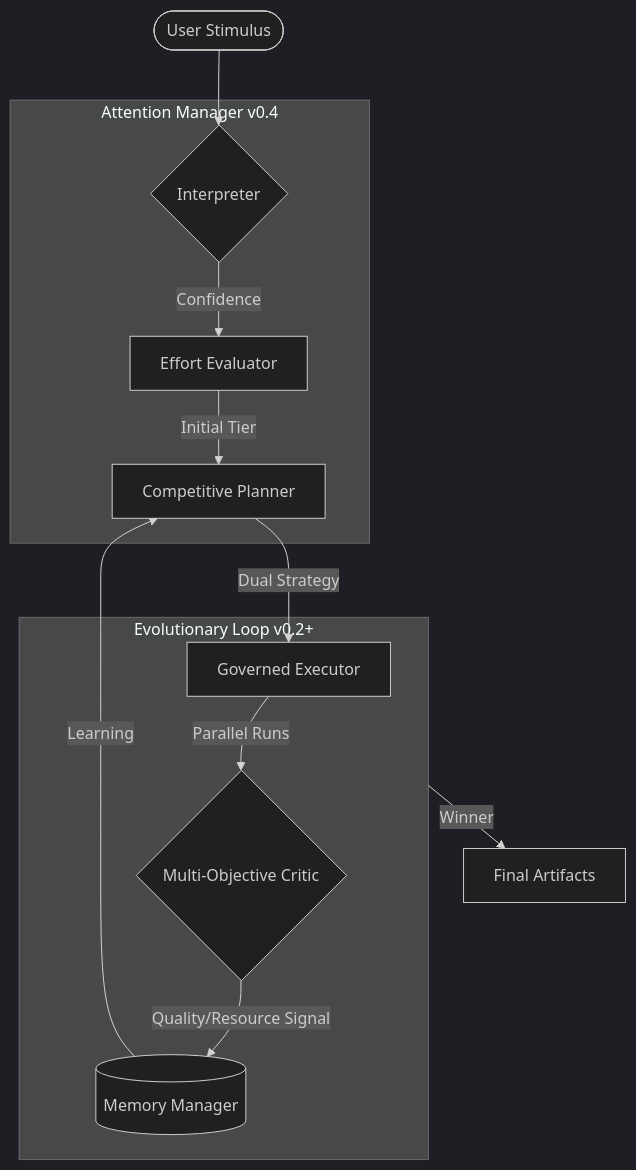
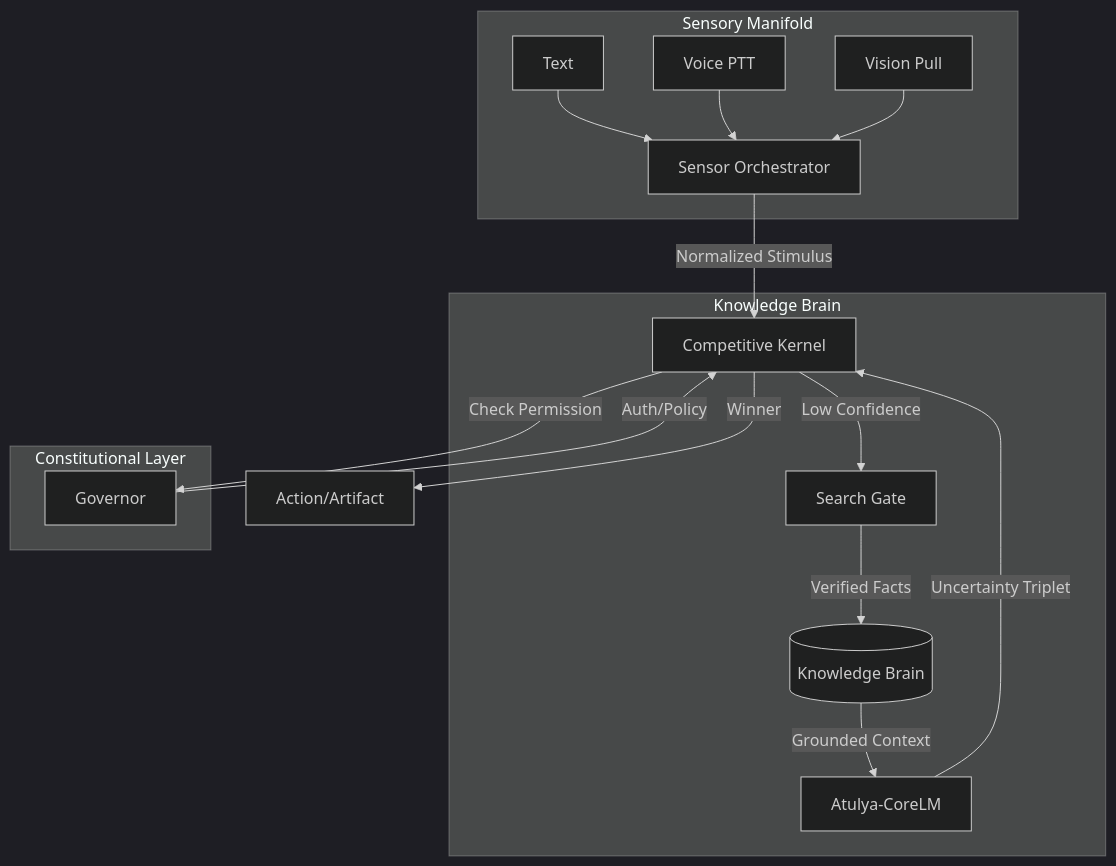
One commit to atulyaai/Atulya-Tantra changed the diagram in README.md. Above: the diagram before and after it, drawn with Mermaid (dark theme). The commit also changed other lines of this file and 28 other files, not shown here.

````diff
--- a/README.md
+++ b/README.md
@@ -28,17 +29,24 @@
 ```mermaid
 graph TD
-    User([User Stimulus]) --> Interpreter
-    subgraph Engine [Attention Manager v0.4]
-        Interpreter{Interpreter} -- Confidence --> Evaluator[Effort Evaluator]
-        Evaluator -- Initial Tier --> Planner[Competitive Planner]
+    subgraph Embodiment [Sensory Manifold]
+        S1[Text] --> ORCH[Sensor Orchestrator]
+        S2[Voice PTT] --> ORCH
+        S3[Vision Pull] --> ORCH
     end
     
-    subgraph Kernel [Evolutionary Loop v0.2+]
-        Planner -- Dual Strategy --> Executor[Governed Executor]
-        Executor -- Parallel Runs --> Critic{Multi-Objective Critic}
-        Critic -- Quality/Resource Signal --> Memory[(Memory Manager)]
-        Memory -- Learning --> Planner
+    ORCH -- Normalized Stimulus --> Engine[Competitive Kernel]
+    
+    subgraph Intelligence [Knowledge Brain]
+        Engine -- Low Confidence --> SG[Search Gate]
+        SG -- Verified Facts --> KB[(Knowledge Brain)]
+        KB -- Grounded Context --> CLM[Atulya-CoreLM]
+        CLM -- Uncertainty Triplet --> Engine
     end
     
-    Kernel -- Winner --> Artifacts[Final Artifacts]
+    subgraph Governance [Constitutional Layer]
+        Engine -- Check Permission --> GOV[Governor]
+        GOV -- Auth/Policy --> Engine
+    end
+    
+    Engine -- Winner --> Outcome[Action/Artifact]
 ```
````
